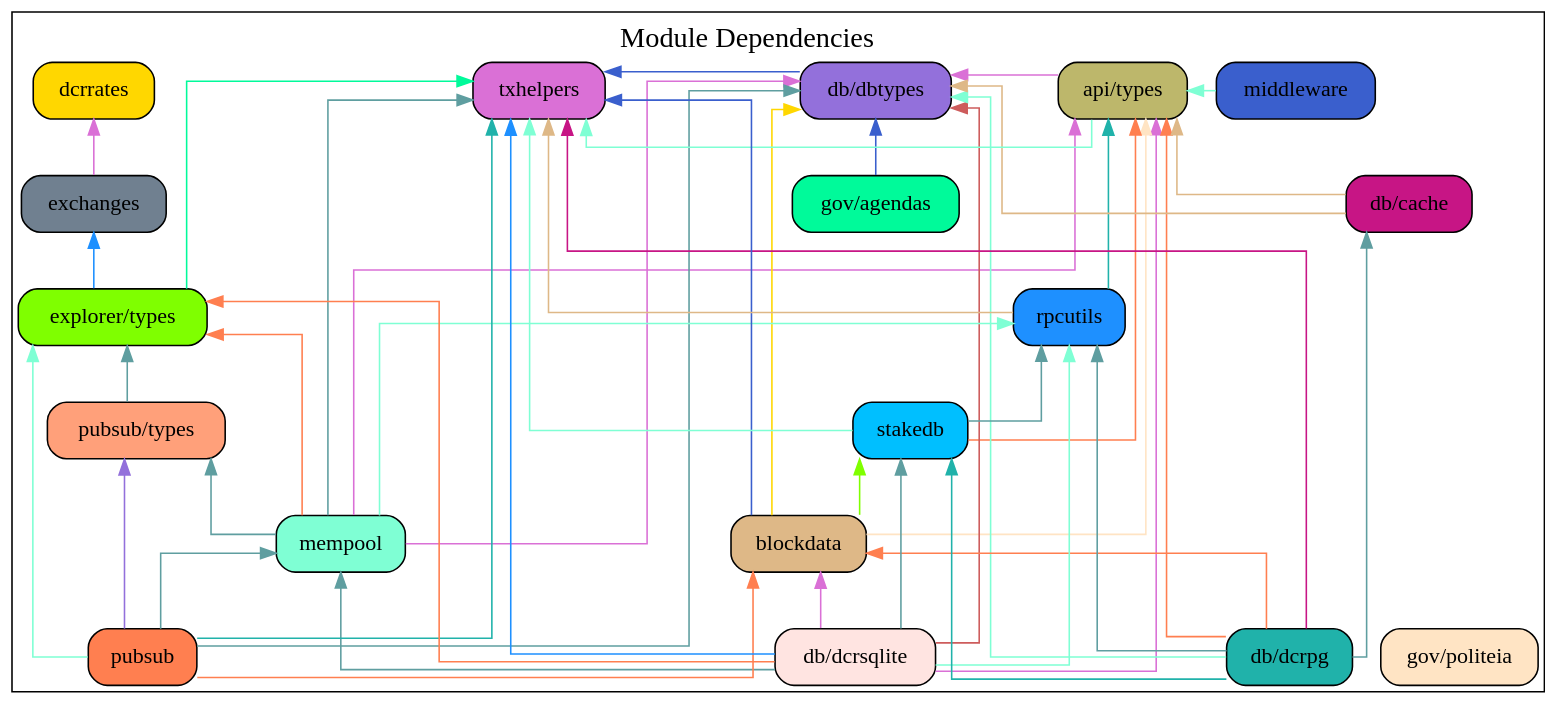
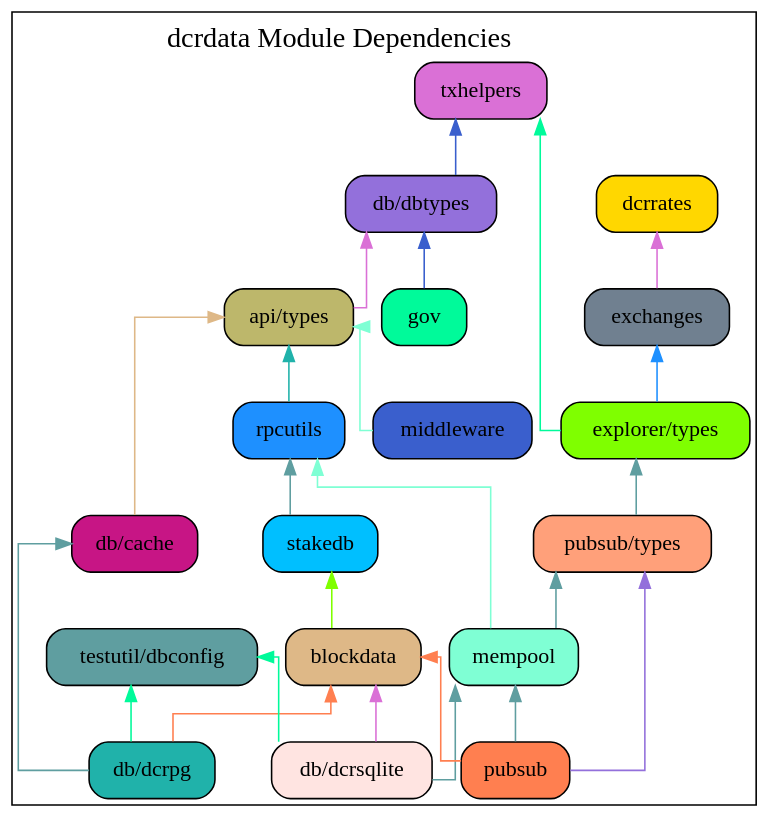
Before and after one commit to decred/dcrdata: the diagram in docs/modules.gv, drawn with Graphviz. The commit also changed 1 other file, not shown here.

Commit message:
docs/modules: Update module graph
- omit direct dependencies that are implied by transitive deps
- New gov module replacing gov/agendas and gov/politeia
- New testutil/dbconfig module.

```diff
--- a/docs/modules.gv
+++ b/docs/modules.gv
@@ -1,103 +1,99 @@
 digraph {
-	graph [splines=ortho colorscheme=svg label=<Module Dependencies> labelloc=t fontsize=18.0]
+	graph [splines=ortho colorscheme=svg label=<dcrdata Module Dependencies> labelloc=t fontsize=18.0]
 	node [shape=box style="filled, rounded"]
 
 	apitypes [label="api/types" fillcolor=darkkhaki]
 	mempool [label="mempool" fillcolor=aquamarine]
 	pubsub [label="pubsub" fillcolor=coral]
 	pubsubtypes [label="pubsub/types" fillcolor=lightsalmon]
 	//semver [label="semver" fillcolor=cadetblue]
 	dcrsqlite [label="db/dcrsqlite" fillcolor=mistyrose]
 	dbtypes [label="db/dbtypes" fillcolor=mediumpurple]
 	dcrpg [label="db/dcrpg" fillcolor=lightseagreen]
 	dbcache [label="db/cache" fillcolor=mediumvioletred]
 	blockdata [label="blockdata" fillcolor=burlywood]
 	rpcutils [label="rpcutils" fillcolor=dodgerblue]
 	stakedb [label="stakedb" fillcolor=deepskyblue]
-	govagendas [label="gov/agendas" fillcolor=mediumspringgreen]
-	govpoliteia [label="gov/politeia" fillcolor=bisque]
+	gov [label="gov" fillcolor=mediumspringgreen]
 	dcrrates [label="dcrrates" fillcolor=gold]
 	txhelpers [label="txhelpers" fillcolor=orchid]
 	exchanges [label="exchanges" fillcolor=slategray]
 	exptypes [label="explorer/types" fillcolor=chartreuse]
 	middleware  [label="middleware" fillcolor=royalblue3]
+	dbconfig [label="testutil/dbconfig" fillcolor=cadetblue]
 	//dcrdata [label="dcrdata" fillcolor=chocolate]
 
-	//{rank=same txhelpers dbtypes}
-	{rank=min apitypes dbtypes txhelpers middleware}
-	{rank=max dcrpg dcrsqlite govpoliteia}
-	//{rank=same govagendas govpoliteia}
-	//{rank=same exptypes pubsubtypes}
-	//{rank=same mempool pubsub}
-	//{rank=same stakedb blockdata}
-	//{rank=same apitypes exptypes dbtypes pubsubtypes }
+	//{rank=min txhelpers}
+	//{rank=max dcrsqlite dcrpg pubsub}
+	//{rank=same rpcutils middleware}
 
 	apitypes -> middleware [dir=back color=aquamarine]
-	apitypes -> dcrpg [dir=back color=coral]
+	//apitypes -> dcrpg [dir=back color=coral]
 	blockdata -> dcrpg [dir=back color=coral]
 	dbcache -> dcrpg [dir=back color=cadetblue]
-	dbtypes -> dcrpg [dir=back color=aquamarine]
-	rpcutils -> dcrpg [dir=back color=cadetblue]
+	//dbtypes -> dcrpg [dir=back color=aquamarine]
+	//rpcutils -> dcrpg [dir=back color=cadetblue]
 	//semver -> dcrpg [dir=back color=mediumpurple]
-	stakedb -> dcrpg [dir=back color=lightseagreen]
-	txhelpers -> dcrpg [dir=back color=mediumvioletred]
+	//stakedb -> dcrpg [dir=back color=lightseagreen]
+	//txhelpers -> dcrpg [dir=back color=mediumvioletred]
+	dbconfig -> dcrpg [dir=back color=mediumspringgreen]
 	apitypes -> dbcache [dir=back color=burlywood]
-	dbtypes -> dbcache [dir=back color=burlywood]
+	//dbtypes -> dbcache [dir=back color=burlywood]
 	exchanges -> exptypes [dir=back color=dodgerblue]
 	txhelpers -> exptypes [dir=back color=mediumspringgreen]
-	apitypes -> blockdata [dir=back color=bisque]
-	dbtypes -> blockdata [dir=back color=gold]
+	//apitypes -> blockdata [dir=back color=bisque]
+	//dbtypes -> blockdata [dir=back color=gold]
 	stakedb -> blockdata [dir=back color=chartreuse]
-	txhelpers -> blockdata [dir=back color=royalblue3]
+	//txhelpers -> blockdata [dir=back color=royalblue3]
 	dcrrates -> exchanges [dir=back color=orchid]
 	dbtypes -> apitypes [dir=back color=orchid]
-	txhelpers -> apitypes [dir=back color=aquamarine]
-	apitypes -> stakedb [dir=back color=coral]
+	//txhelpers -> apitypes [dir=back color=aquamarine]
+	//apitypes -> stakedb [dir=back color=coral]
 	rpcutils -> stakedb [dir=back color=cadetblue]
-	txhelpers -> stakedb [dir=back color=aquamarine]
+	//txhelpers -> stakedb [dir=back color=aquamarine]
 	txhelpers -> dbtypes [dir=back color=royalblue3]
-	apitypes -> dcrsqlite [dir=back color=orchid]
+	//apitypes -> dcrsqlite [dir=back color=orchid]
 	blockdata -> dcrsqlite [dir=back color=orchid]
-	dbtypes -> dcrsqlite [dir=back color=indianred]
-	exptypes -> dcrsqlite [dir=back color=coral]
+	//dbtypes -> dcrsqlite [dir=back color=indianred]
+	//exptypes -> dcrsqlite [dir=back color=coral]
 	mempool -> dcrsqlite [dir=back color=cadetblue]
-	rpcutils -> dcrsqlite [dir=back color=aquamarine]
-	stakedb -> dcrsqlite [dir=back color=cadetblue]
-	txhelpers -> dcrsqlite [dir=back color=dodgerblue]
+	//rpcutils -> dcrsqlite [dir=back color=aquamarine]
+	//stakedb -> dcrsqlite [dir=back color=cadetblue]
+	//txhelpers -> dcrsqlite [dir=back color=dodgerblue]
+	dbconfig -> dcrsqlite [dir=back color=mediumspringgreen]
 	//semver -> txhelpers [dir=back color=slategray]
-	apitypes -> mempool [dir=back color=orchid]
-	dbtypes -> mempool [dir=back color=orchid]
-	exptypes -> mempool [dir=back color=coral]
+	//apitypes -> mempool [dir=back color=orchid]
+	//dbtypes -> mempool [dir=back color=orchid]
+	//exptypes -> mempool [dir=back color=coral]
 	pubsubtypes -> mempool [dir=back color=cadetblue]
 	rpcutils -> mempool [dir=back color=aquamarine]
-	txhelpers -> mempool [dir=back color=cadetblue]
+	//txhelpers -> mempool [dir=back color=cadetblue]
 	apitypes ->  rpcutils [dir=back color=lightseagreen]
 	//semver -> rpcutils [dir=back color=burlywood]
-	txhelpers -> rpcutils [dir=back color=burlywood]
-	dbtypes -> govagendas [dir=back color=royalblue3]
+	//txhelpers -> rpcutils [dir=back color=burlywood]
+	dbtypes -> gov [dir=back color=royalblue3]
 	exptypes -> pubsubtypes [dir=back color=cadetblue]
 	blockdata -> pubsub [dir=back color=coral]
-	dbtypes -> pubsub [dir=back color=cadetblue]
-	exptypes -> pubsub [dir=back color=aquamarine]
+	//dbtypes -> pubsub [dir=back color=cadetblue]
+	//exptypes -> pubsub [dir=back color=aquamarine]
 	mempool -> pubsub [dir=back color=cadetblue]
 	pubsubtypes -> pubsub [dir=back color=mediumpurple]
-	txhelpers ->  pubsub [dir=back color=lightseagreen]
+	//txhelpers ->  pubsub [dir=back color=lightseagreen]
 
 	// apitypes -> dcrdata [dir=back color=darkolivegreen2]
 	// blockdata -> dcrdata [dir=back color=slategray]
 	// dbtypes -> dcrdata [dir=back color=darkkhaki]
 	// dcrpg -> dcrdata [dir=back color=lightsalmon]
 	// dcrsqlite -> dcrdata [dir=back color=deepskyblue]
 	// exchanges -> dcrdata [dir=back color=mistyrose]
 	// exptypes -> dcrdata [dir=back color=mediumseagreen]
-	// govagendas -> dcrdata [dir=back color=khaki]
-	// govpoliteia -> dcrdata [dir=back color=lightsalmon]
+	// gov -> dcrdata [dir=back color=khaki]
 	// mempool -> dcrdata [dir=back color=deepskyblue]
 	// middleware -> dcrdata [dir=back color=mistyrose]
 	// pubsub -> dcrdata [dir=back color=mediumseagreen]
 	// pubsubtypes -> dcrdata [dir=back color=khaki]
 	// rpcutils -> dcrdata [dir=back color=deepskyblue]
 	// //semver -> dcrdata [dir=back color=mistyrose]
 	// stakedb -> dcrdata [dir=back color=mediumseagreen]
 	// txhelpers -> dcrdata [dir=back color=khaki]
 }
```
